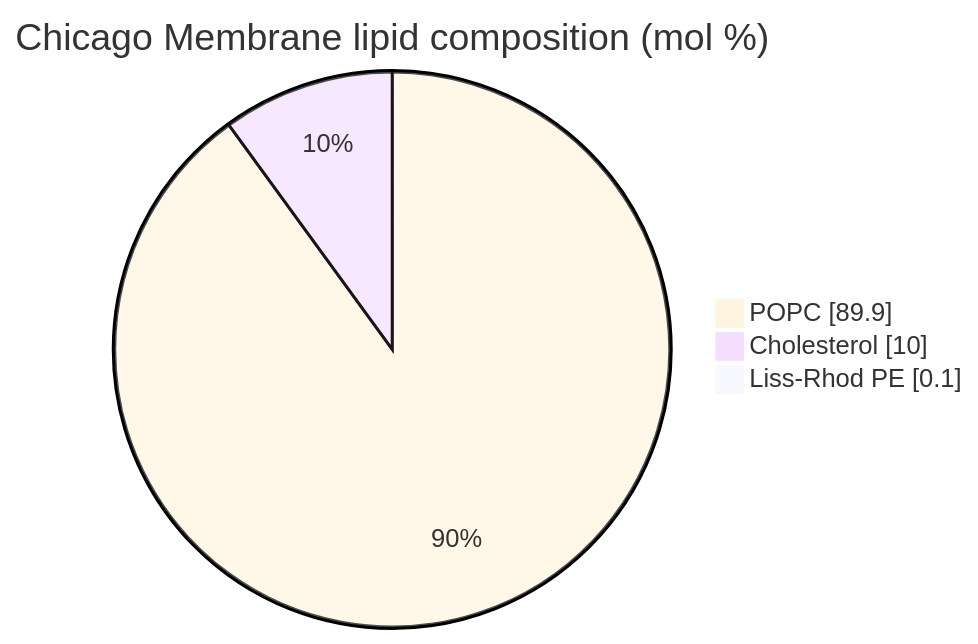
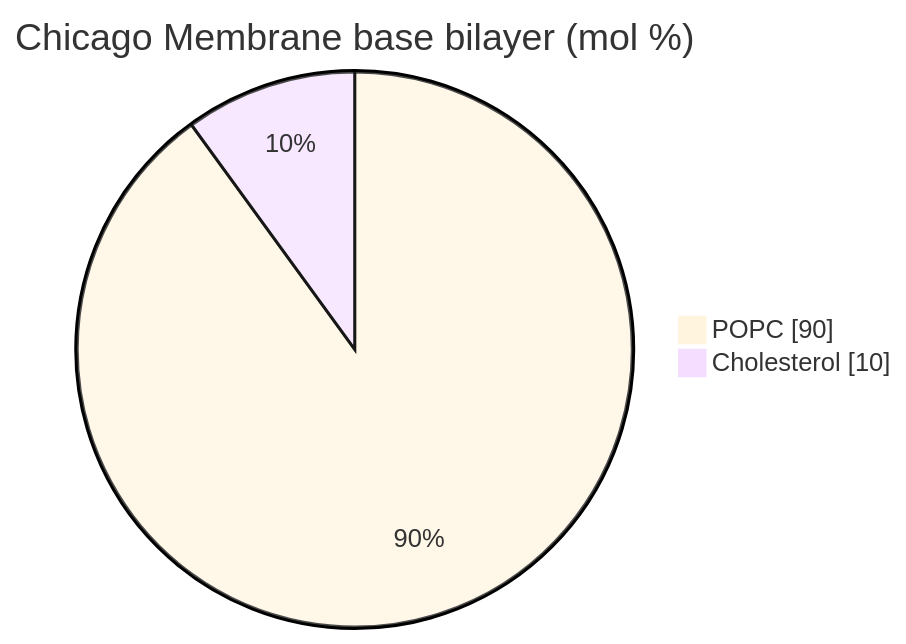
The diagram in docs/modules/membrane-popc-chol-chicago/spec.md (nucleus-eng/nucleus-docs), drawn with Mermaid before and after one commit. The commit also changed other lines of this file and 32 other files, not shown here.

````diff
--- a/docs/modules/membrane-popc-chol-chicago/spec.md
+++ b/docs/modules/membrane-popc-chol-chicago/spec.md
@@ -14,8 +20,7 @@
 ```{mermaid}
 %%{init: {'theme': 'base', 'themeVariables': {'lineColor': '#555555', 'edgeLabelBackground': '#ffffff'}}}%%
 pie showData
-    title Chicago Membrane lipid composition (mol %)
-    "POPC" : 89.9
+    title Chicago Membrane base bilayer (mol %)
+    "POPC" : 90
     "Cholesterol" : 10
-    "Liss-Rhod PE" : 0.1
 ```
````
